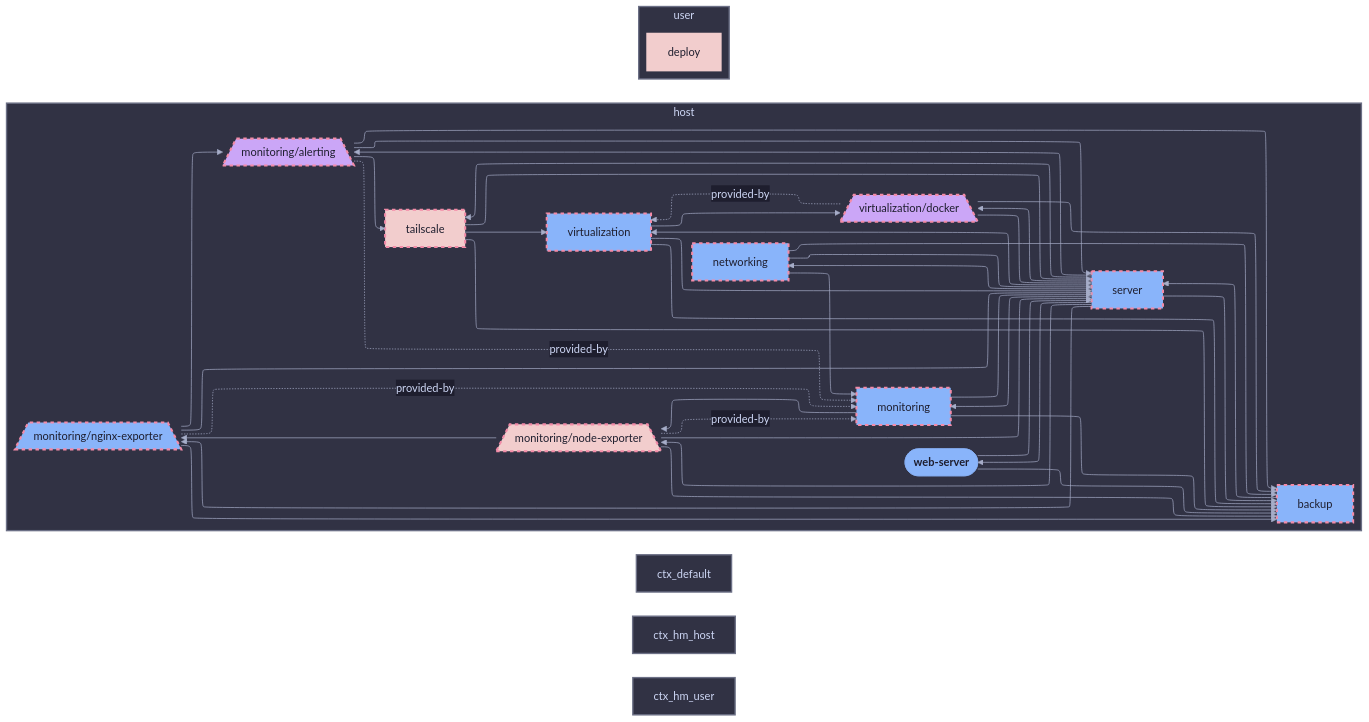
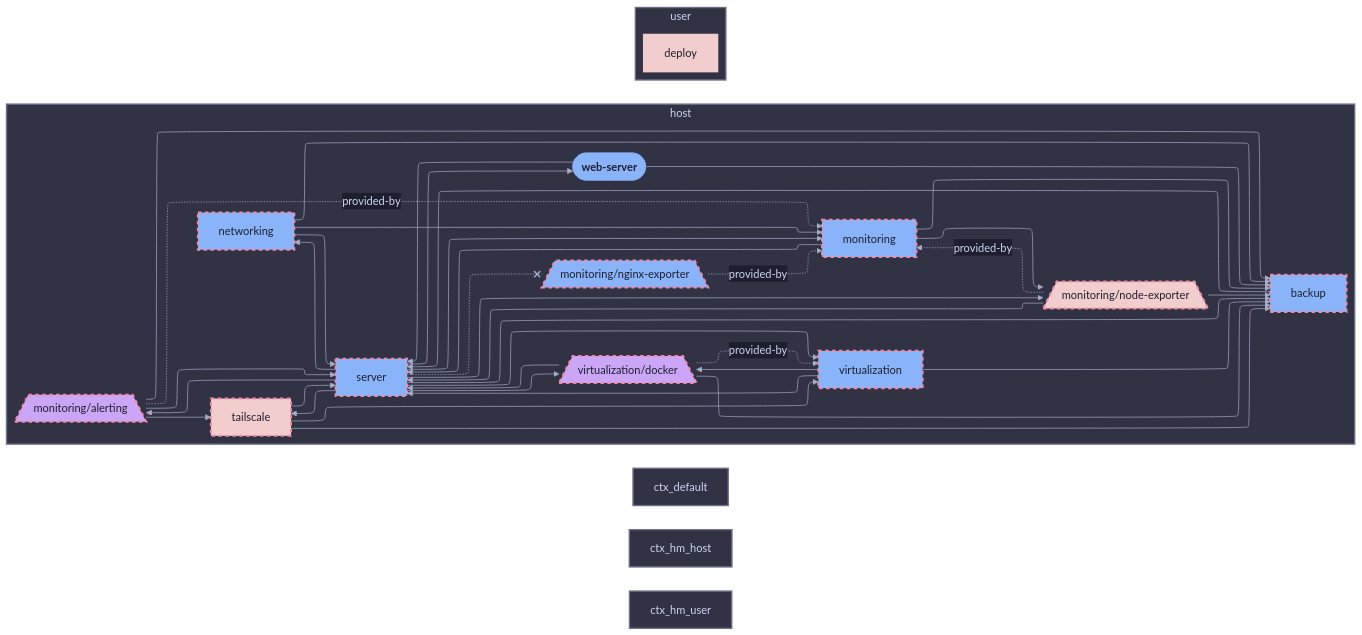
One commit to sini/den changed the diagram in templates/diag-fx-demo/diagrams/web-server-diff-classes.md. Above: the diagram before and after it, drawn with Mermaid. The commit also changed 526 other files, not shown here.

Commit message:
chore: update fx diagrams

````diff
--- a/templates/diag-fx-demo/diagrams/web-server-diff-classes.md
+++ b/templates/diag-fx-demo/diagrams/web-server-diff-classes.md
@@ -5,82 +5,78 @@
 ```mermaid
 %%{init: {"elk":{"mergeEdges":true,"nodePlacementStrategy":"BRANDES_KOEPF"},"layout":"elk","theme":"base","themeVariables":{"activationBkgColor":"#313244","activationBorderColor":"#6c7086","actorBkg":"#313244","actorBorder":"#a6adc8","actorLineColor":"#a6adc8","actorTextColor":"#cdd6f4","background":"#1e1e2e","classText":"#cdd6f4","clusterBkg":"#313244","clusterBorder":"#6c7086","edgeLabelBackground":"#1e1e2e","labelBoxBkgColor":"#313244","labelBoxBorderColor":"#a6adc8","labelTextColor":"#cdd6f4","lineColor":"#a6adc8","loopTextColor":"#cdd6f4","mainBkg":"#313244","nodeBkg":"#313244","nodeBorder":"#a6adc8","nodeTextColor":"#cdd6f4","noteBkgColor":"#313244","noteBorderColor":"#6c7086","noteTextColor":"#cdd6f4","pie1":"#f38ba8","pie2":"#fab387","pie3":"#f9e2af","pie4":"#a6e3a1","pie5":"#94e2d5","pie6":"#89b4fa","pie7":"#cba6f7","pie8":"#f2cdcd","pieLegendTextColor":"#cdd6f4","pieOuterStrokeColor":"#6c7086","pieSectionTextColor":"#cdd6f4","pieStrokeColor":"#6c7086","pieTitleTextColor":"#cdd6f4","primaryBorderColor":"#a6adc8","primaryColor":"#313244","primaryTextColor":"#cdd6f4","secondBkg":"#313244","secondaryBorderColor":"#6c7086","secondaryColor":"#313244","secondaryTextColor":"#cdd6f4","sequenceNumberColor":"#1e1e2e","signalColor":"#a6adc8","signalTextColor":"#cdd6f4","tertiaryBorderColor":"#6c7086","tertiaryColor":"#313244","tertiaryTextColor":"#cdd6f4","textColor":"#cdd6f4","titleColor":"#cdd6f4"}}}%%
 graph LR
   web_server([web-server]):::root
 
   subgraph ctx_host["host"]
   monitoring__alerting[/"monitoring/alerting"\]:::monitoring__alerting_c
   backup["backup"]:::backup_c
   virtualization__docker[/"virtualization/docker"\]:::virtualization__docker_c
   monitoring["monitoring"]:::monitoring_c
   networking["networking"]:::networking_c
   monitoring__nginx_exporter[/"monitoring/nginx-exporter"\]:::monitoring__nginx_exporter_c
   monitoring__node_exporter[/"monitoring/node-exporter"\]:::monitoring__node_exporter_c
   server["server"]:::server_c
   tailscale["tailscale"]:::tailscale_c
   virtualization["virtualization"]:::virtualization_c
   backup --> server
   monitoring --> backup
   monitoring --> monitoring__node_exporter
   monitoring --> server
   monitoring__alerting --> backup
   monitoring__alerting -.->|provided-by| monitoring
   monitoring__alerting --> server
   monitoring__alerting --> tailscale
-  monitoring__nginx_exporter --> backup
   monitoring__nginx_exporter -.->|provided-by| monitoring
-  monitoring__nginx_exporter --> monitoring__alerting
-  monitoring__nginx_exporter --> server
   monitoring__node_exporter --> backup
   monitoring__node_exporter -.->|provided-by| monitoring
-  monitoring__node_exporter --> monitoring__nginx_exporter
   monitoring__node_exporter --> server
   networking --> backup
   networking --> monitoring
   networking --> server
   server --> backup
   server --> monitoring
   server --> monitoring__alerting
-  server --> monitoring__nginx_exporter
+  server -.-x monitoring__nginx_exporter
   server --> monitoring__node_exporter
   server --> networking
   server --> tailscale
   server --> virtualization
   server --> virtualization__docker
   server --> web_server
   tailscale --> backup
   tailscale --> server
   tailscale --> virtualization
   virtualization --> backup
   virtualization --> server
   virtualization --> virtualization__docker
   virtualization__docker --> backup
   virtualization__docker --> server
   virtualization__docker -.->|provided-by| virtualization
   web_server --> backup
   web_server --> server
   end
   subgraph ctx_user["user"]
   deploy["deploy"]:::deploy_c
 
   end
 
 
   classDef root fill:#89b4fa,stroke:#89b4fa,color:#1e1e2e,font-weight:bold
   classDef monitoring__alerting_c fill:#cba6f7,stroke:#f38ba8,color:#1e1e2e,stroke-dasharray: 5 5,stroke-width:3px
   classDef backup_c fill:#89b4fa,stroke:#f38ba8,color:#1e1e2e,stroke-dasharray: 5 5,stroke-width:3px
   classDef deploy_c fill:#f2cdcd,stroke:#f2cdcd,color:#1e1e2e,stroke-width:2px
   classDef virtualization__docker_c fill:#cba6f7,stroke:#f38ba8,color:#1e1e2e,stroke-dasharray: 5 5,stroke-width:3px
   classDef monitoring_c fill:#89b4fa,stroke:#f38ba8,color:#1e1e2e,stroke-dasharray: 5 5,stroke-width:3px
   classDef networking_c fill:#89b4fa,stroke:#f38ba8,color:#1e1e2e,stroke-dasharray: 5 5,stroke-width:3px
   classDef monitoring__nginx_exporter_c fill:#89b4fa,stroke:#f38ba8,color:#1e1e2e,stroke-dasharray: 5 5,stroke-width:3px
   classDef monitoring__node_exporter_c fill:#f2cdcd,stroke:#f38ba8,color:#1e1e2e,stroke-dasharray: 5 5,stroke-width:3px
   classDef server_c fill:#89b4fa,stroke:#f38ba8,color:#1e1e2e,stroke-dasharray: 5 5,stroke-width:3px
   classDef tailscale_c fill:#f2cdcd,stroke:#f38ba8,color:#1e1e2e,stroke-dasharray: 5 5,stroke-width:3px
   classDef virtualization_c fill:#89b4fa,stroke:#f38ba8,color:#1e1e2e,stroke-dasharray: 5 5,stroke-width:3px
   classDef web_server_c fill:#cba6f7,stroke:#f38ba8,color:#1e1e2e,stroke-dasharray: 5 5,stroke-width:3px
 style ctx_host fill:#313244,stroke:#6c7086,stroke-width:2px
 style ctx_default fill:#313244,stroke:#6c7086,stroke-width:2px
 style ctx_hm_host fill:#313244,stroke:#6c7086,stroke-width:2px
 style ctx_hm_user fill:#313244,stroke:#6c7086,stroke-width:2px
 style ctx_user fill:#313244,stroke:#6c7086,stroke-width:2px
 ```
````
